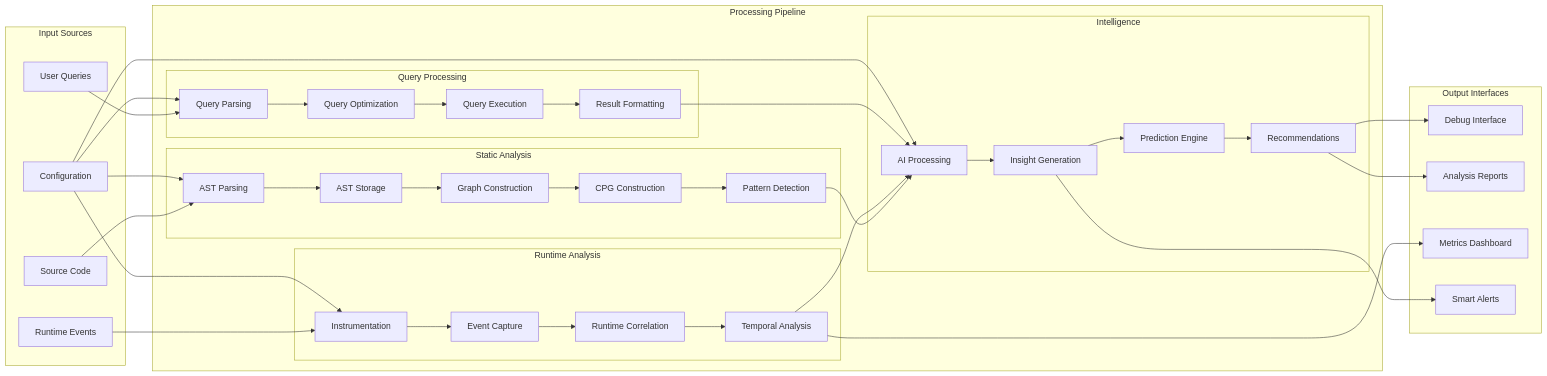
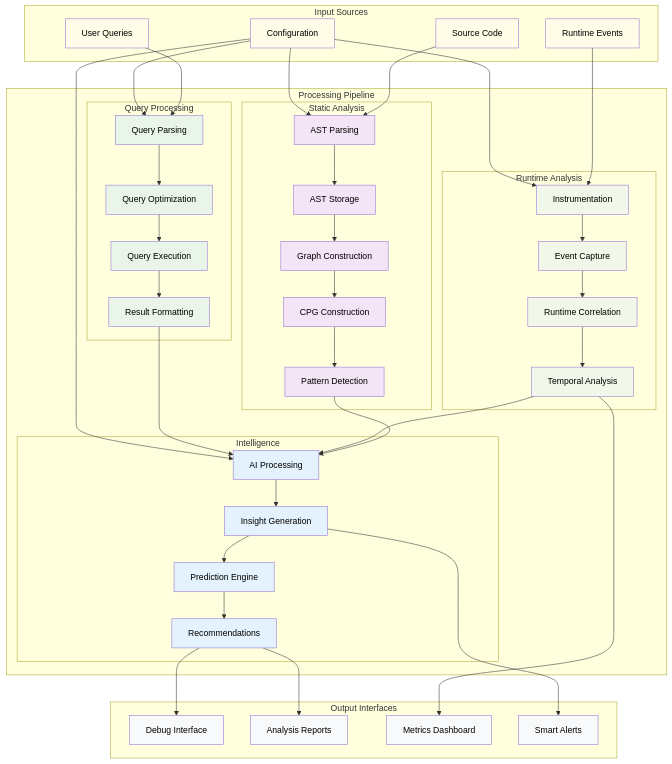
One commit to nshkrdotcom/elixir_scope changed the second of 11 diagrams in DIAGS_G25P_prev20250605.md. Above: the diagram before and after it, drawn with Mermaid. The commit also changed other lines of this file, not shown here.

````diff
--- a/DIAGS_G25P_prev20250605.md
+++ b/DIAGS_G25P_prev20250605.md
@@ -136,5 +136,5 @@
 ```mermaid
-flowchart LR
+flowchart TD
     subgraph "Input Sources"
         SOURCE["Source Code"]
         RUNTIME_EVENTS["Runtime Events"]
@@ -218,4 +218,19 @@
     CONFIG_DATA --> INSTRUMENT
     CONFIG_DATA --> QUERY_PARSE
     CONFIG_DATA --> AI_PROCESS
+    
+    %% Styling
+    classDef input fill:#fffde7,color:#000
+    classDef staticAnalysis fill:#f3e5f5,color:#000
+    classDef runtimeAnalysis fill:#f1f8e9,color:#000
+    classDef queryProcessing fill:#e8f5e8,color:#000
+    classDef intelligence fill:#e3f2fd,color:#000
+    classDef output fill:#f8f9fa,color:#000
+    
+    class SOURCE,RUNTIME_EVENTS,USER_QUERIES,CONFIG_DATA input
+    class PARSE,STORE,GRAPH_BUILD,CPG_BUILD,PATTERN_DETECT staticAnalysis
+    class INSTRUMENT,EVENT_CAPTURE,CORRELATE,TEMPORAL runtimeAnalysis
+    class QUERY_PARSE,QUERY_OPT,QUERY_EXEC,RESULT_FORMAT queryProcessing
+    class AI_PROCESS,INSIGHT_GEN,PREDICT,RECOMMEND intelligence
+    class DEBUG_UI,REPORTS,METRICS,ALERTS output
 ```
````
